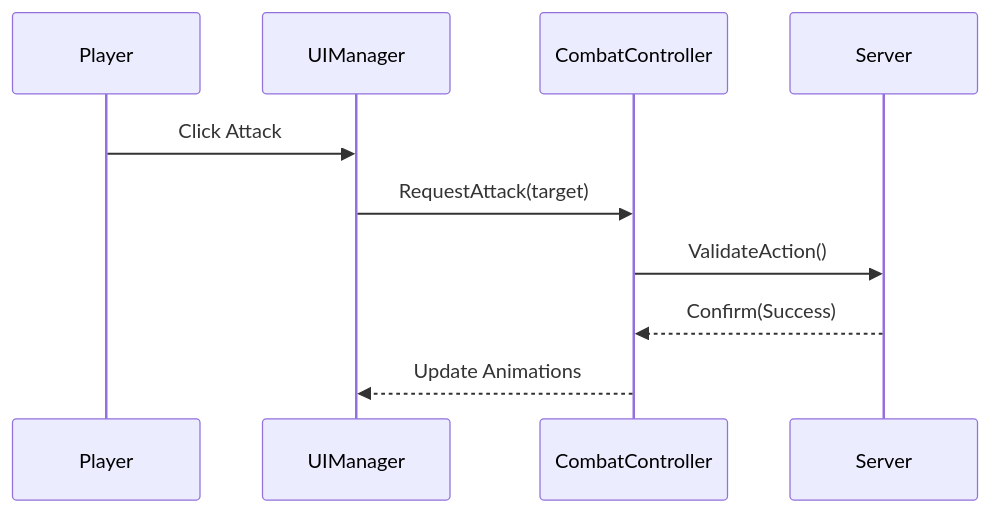
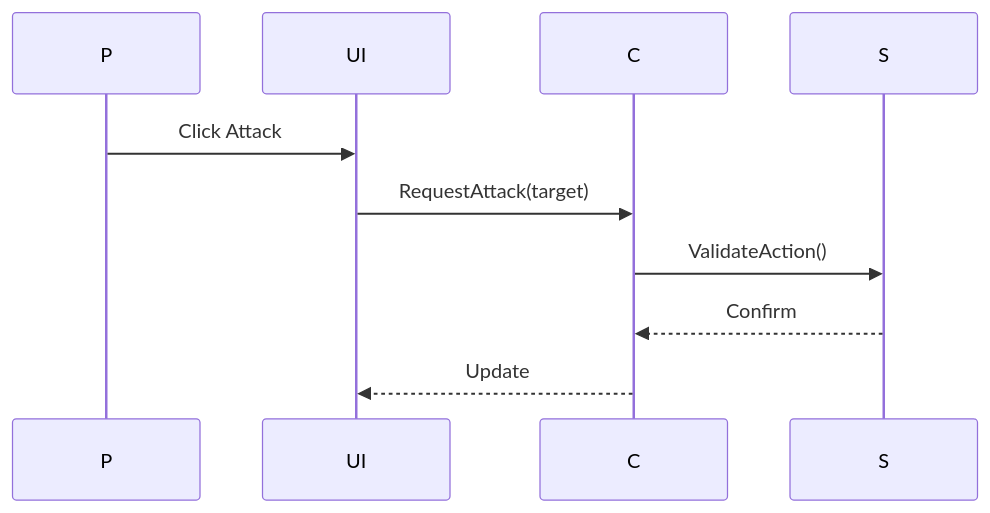
The second of 4 diagrams in skills/other/mermaid/references/MERMAID_PATTERNS.md (cuozg/oh-my-skills), drawn with Mermaid before and after one commit. The commit also changed other lines of this file and 144 other files, not shown here.

````diff
--- a/skills/other/mermaid/references/MERMAID_PATTERNS.md
+++ b/skills/other/mermaid/references/MERMAID_PATTERNS.md
@@ -22,13 +13,8 @@
 ```mermaid
 sequenceDiagram
-    participant P as Player
-    participant UI as UIManager
-    participant C as CombatController
-    participant S as Server
-    
     P->>UI: Click Attack
     UI->>C: RequestAttack(target)
     C->>S: ValidateAction()
-    S-->>C: Confirm(Success)
-    C-->>UI: Update Animations
+    S-->>C: Confirm
+    C-->>UI: Update
 ```
````
